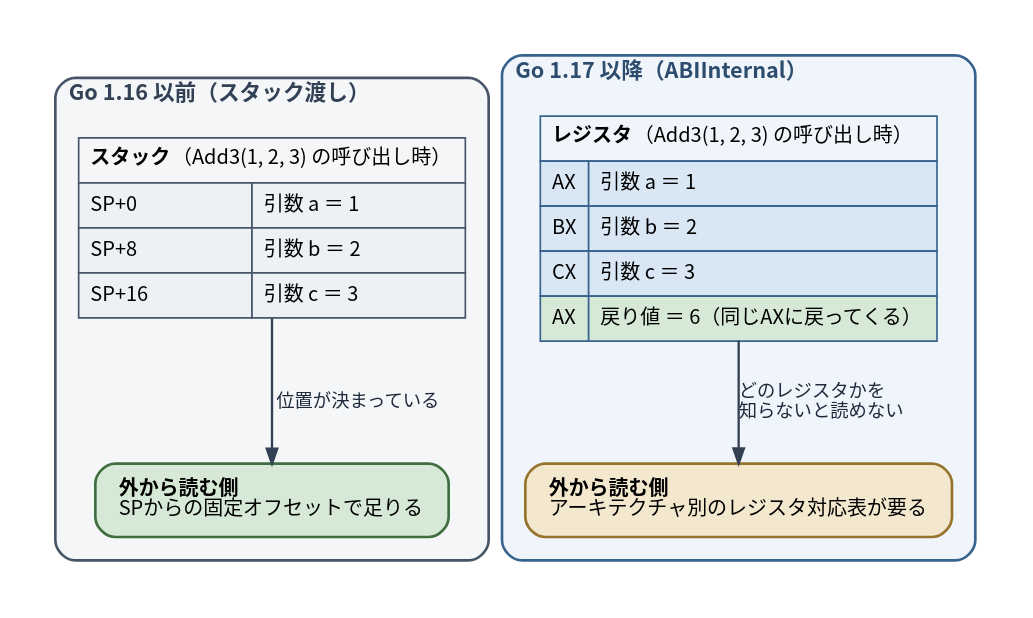
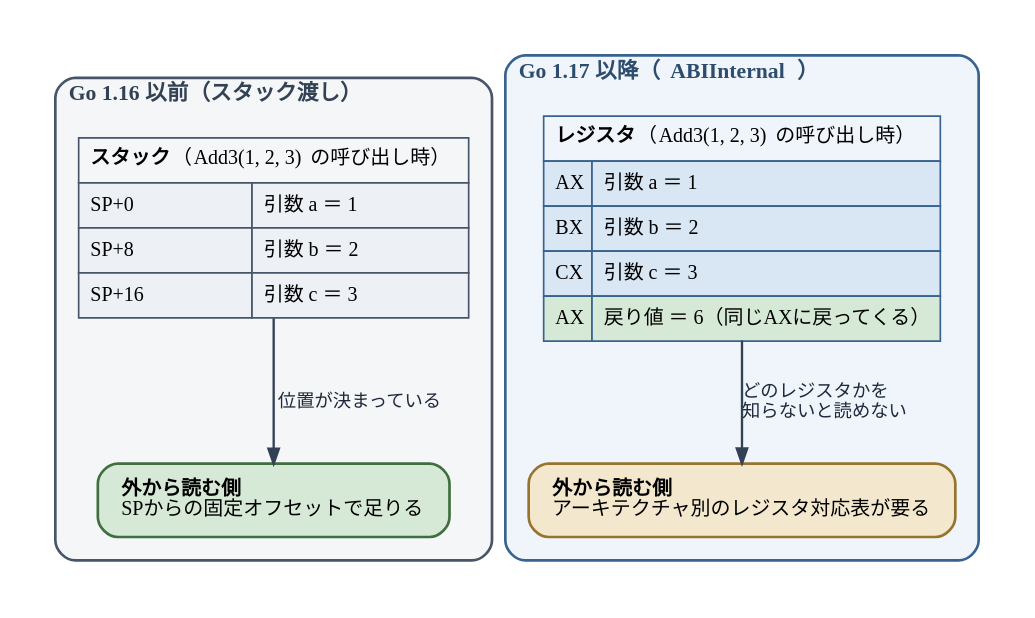
The diagram in diagrams/go-ebpf-primer/20260820-abi-shift.dot (ymotongpoo/zenn.dev), drawn with Graphviz before and after one commit. The commit also changed 109 other files, not shown here.

First line of the commit message:
change: 図のフォントをIBM Plex Sans JP / Poppins / JetBrains Monoに整理

```diff
--- a/diagrams/go-ebpf-primer/20260820-abi-shift.dot
+++ b/diagrams/go-ebpf-primer/20260820-abi-shift.dot
@@ -1,57 +1,57 @@
 // Go 1.17 の呼び出し規約の転換
 digraph abi_shift {
   graph [
-    fontname="Harano Aji Gothic,Noto Sans CJK JP,IPAGothic", fontsize=13,
+    fontname="IBM Plex Sans JP", fontsize=13,
     rankdir=TB, compound=true, splines=true,
     nodesep=0.5, ranksep=0.7, pad=0.25,
     bgcolor="white", newrank=true
   ];
   node [
-    fontname="Harano Aji Gothic,Noto Sans CJK JP,IPAGothic", fontsize=12,
+    fontname="IBM Plex Sans JP", fontsize=12,
     shape=box, style="rounded,filled",
     fillcolor="#F1F5F9", color="#475569", penwidth=1.6,
     margin="0.2,0.14"
   ];
   edge [
-    fontname="Harano Aji Gothic,Noto Sans CJK JP,IPAGothic", fontsize=11,
+    fontname="IBM Plex Sans JP", fontsize=11,
     color="#334155", penwidth=1.4, arrowsize=0.9,
     fontcolor="#1E293B"
   ];
 
   subgraph cluster_old {
     label=<<b>Go 1.16 以前（スタック渡し）</b>>;
     style="rounded"; labeljust="l"; penwidth=1.6; margin=14;
     color="#475569"; fontcolor="#334155"; bgcolor="#F4F6F8";
 
     stack [shape=plain, style="", label=<
       <table border="0" cellborder="1" cellspacing="0" cellpadding="6" color="#475569">
-        <tr><td colspan="2" align="left" bgcolor="#F4F6F8"><b>スタック</b>（Add3(1, 2, 3) の呼び出し時）</td></tr>
-        <tr><td align="left" bgcolor="#EDF1F5">SP+0</td><td align="left" bgcolor="#EDF1F5">引数 a ＝ 1</td></tr>
-        <tr><td align="left" bgcolor="#EDF1F5">SP+8</td><td align="left" bgcolor="#EDF1F5">引数 b ＝ 2</td></tr>
-        <tr><td align="left" bgcolor="#EDF1F5" port="p">SP+16</td><td align="left" bgcolor="#EDF1F5">引数 c ＝ 3</td></tr>
+        <tr><td colspan="2" align="left" bgcolor="#F4F6F8"><b>スタック</b>（<font face="JetBrains Mono">Add3(1, 2, 3)</font> の呼び出し時）</td></tr>
+        <tr><td align="left" bgcolor="#EDF1F5"><font face="JetBrains Mono">SP+0</font></td><td align="left" bgcolor="#EDF1F5">引数 a ＝ 1</td></tr>
+        <tr><td align="left" bgcolor="#EDF1F5"><font face="JetBrains Mono">SP+8</font></td><td align="left" bgcolor="#EDF1F5">引数 b ＝ 2</td></tr>
+        <tr><td align="left" bgcolor="#EDF1F5" port="p"><font face="JetBrains Mono">SP+16</font></td><td align="left" bgcolor="#EDF1F5">引数 c ＝ 3</td></tr>
       </table>>];
     read_old [label=<<b>外から読む側</b><br align="left"/>SPからの固定オフセットで足りる<br align="left"/>>,
               fillcolor="#D6E8D6", color="#3F6E3F"];
     stack -> read_old [label=" 位置が決まっている"];
   }
 
   subgraph cluster_new {
-    label=<<b>Go 1.17 以降（ABIInternal）</b>>;
+    label=<<b>Go 1.17 以降（<font face="JetBrains Mono">ABIInternal</font>）</b>>;
     style="rounded"; labeljust="l"; penwidth=1.6; margin=14;
     color="#38638F"; fontcolor="#2E4D6E"; bgcolor="#EFF5FB";
 
     regs [shape=plain, style="", label=<
       <table border="0" cellborder="1" cellspacing="0" cellpadding="6" color="#38638F">
-        <tr><td colspan="2" align="left" bgcolor="#EFF5FB"><b>レジスタ</b>（Add3(1, 2, 3) の呼び出し時）</td></tr>
-        <tr><td align="left" bgcolor="#D9E7F4">AX</td><td align="left" bgcolor="#D9E7F4">引数 a ＝ 1</td></tr>
-        <tr><td align="left" bgcolor="#D9E7F4">BX</td><td align="left" bgcolor="#D9E7F4">引数 b ＝ 2</td></tr>
-        <tr><td align="left" bgcolor="#D9E7F4" port="p">CX</td><td align="left" bgcolor="#D9E7F4">引数 c ＝ 3</td></tr>
-        <tr><td align="left" bgcolor="#D6E8D6">AX</td><td align="left" bgcolor="#D6E8D6">戻り値 ＝ 6（同じAXに戻ってくる）</td></tr>
+        <tr><td colspan="2" align="left" bgcolor="#EFF5FB"><b>レジスタ</b>（<font face="JetBrains Mono">Add3(1, 2, 3)</font> の呼び出し時）</td></tr>
+        <tr><td align="left" bgcolor="#D9E7F4"><font face="JetBrains Mono">AX</font></td><td align="left" bgcolor="#D9E7F4">引数 a ＝ 1</td></tr>
+        <tr><td align="left" bgcolor="#D9E7F4"><font face="JetBrains Mono">BX</font></td><td align="left" bgcolor="#D9E7F4">引数 b ＝ 2</td></tr>
+        <tr><td align="left" bgcolor="#D9E7F4" port="p"><font face="JetBrains Mono">CX</font></td><td align="left" bgcolor="#D9E7F4">引数 c ＝ 3</td></tr>
+        <tr><td align="left" bgcolor="#D6E8D6"><font face="JetBrains Mono">AX</font></td><td align="left" bgcolor="#D6E8D6">戻り値 ＝ 6（同じAXに戻ってくる）</td></tr>
       </table>>];
     read_new [label=<<b>外から読む側</b><br align="left"/>アーキテクチャ別のレジスタ対応表が要る<br align="left"/>>,
               fillcolor="#F3E8CE", color="#96742E"];
     regs -> read_new [label=" どのレジスタかを\l 知らないと読めない\l"];
   }
 
   { rank=same; stack; regs; }
 }
```
